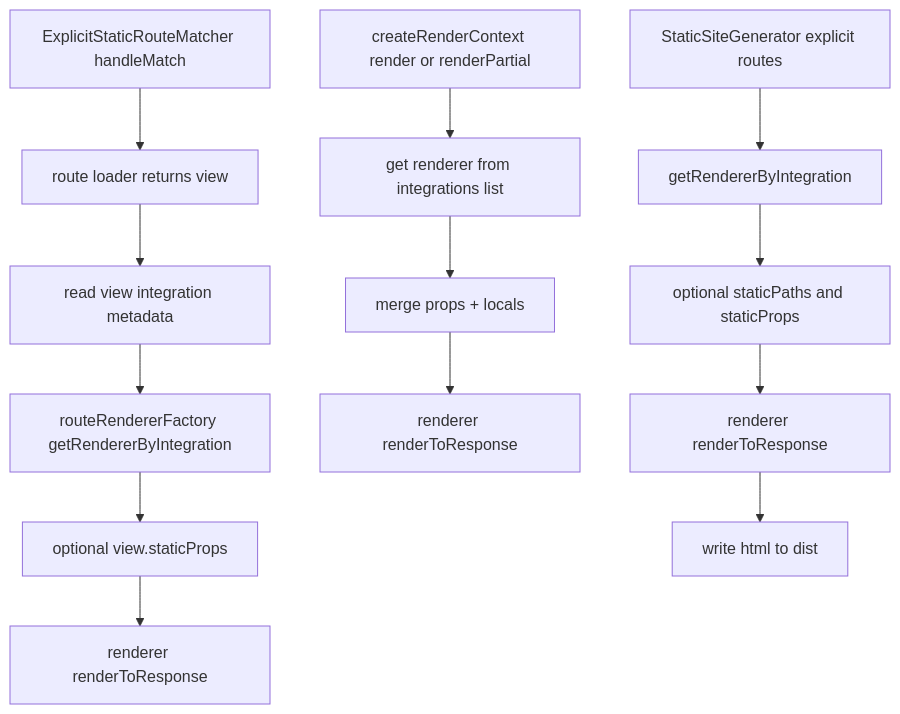
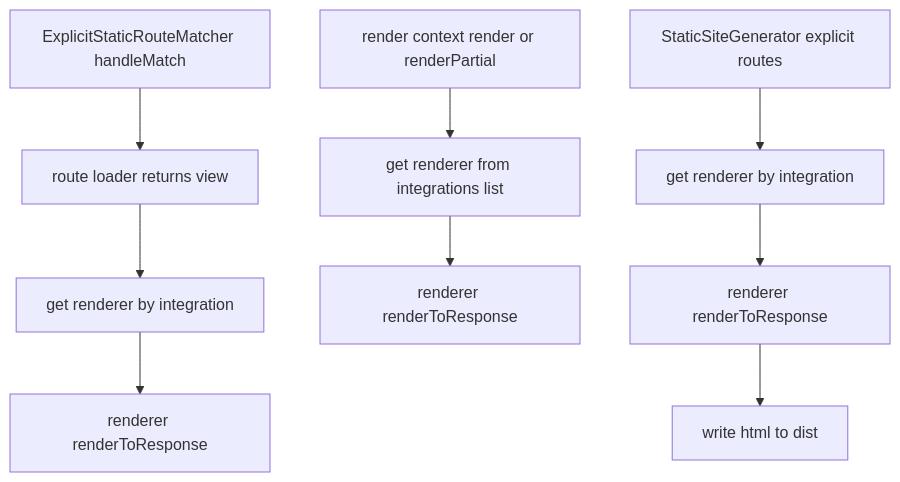
Before and after one commit to ecopages/ecopages: the fifth of 5 diagrams in packages/core/src/route-renderer/GRAPH.md, drawn with Mermaid. The commit also changed other lines of this file and 12 other files, not shown here.

````diff
--- a/packages/core/src/route-renderer/GRAPH.md
+++ b/packages/core/src/route-renderer/GRAPH.md
@@ -272,17 +105,13 @@
 ```mermaid
 flowchart TD
   A[ExplicitStaticRouteMatcher handleMatch] --> B[route loader returns view]
-  B --> C[read view integration metadata]
-  C --> D[routeRendererFactory getRendererByIntegration]
-  D --> E[optional view.staticProps]
-  E --> F[renderer renderToResponse]
+  B --> C[get renderer by integration]
+  C --> D[renderer renderToResponse]
 
-  G[createRenderContext render or renderPartial] --> H[get renderer from integrations list]
-  H --> I[merge props + locals]
+  E[render context render or renderPartial] --> F[get renderer from integrations list]
+  F --> G[renderer renderToResponse]
+
+  H[StaticSiteGenerator explicit routes] --> I[get renderer by integration]
   I --> J[renderer renderToResponse]
-
-  K[StaticSiteGenerator explicit routes] --> L[getRendererByIntegration]
-  L --> M[optional staticPaths and staticProps]
-  M --> N[renderer renderToResponse]
-  N --> O[write html to dist]
+  J --> K[write html to dist]
 ```
````
